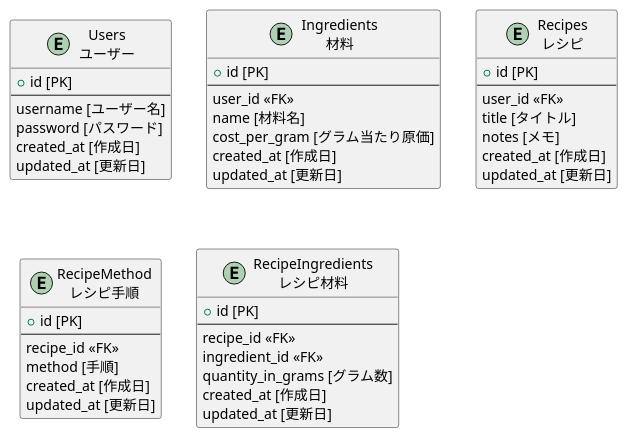
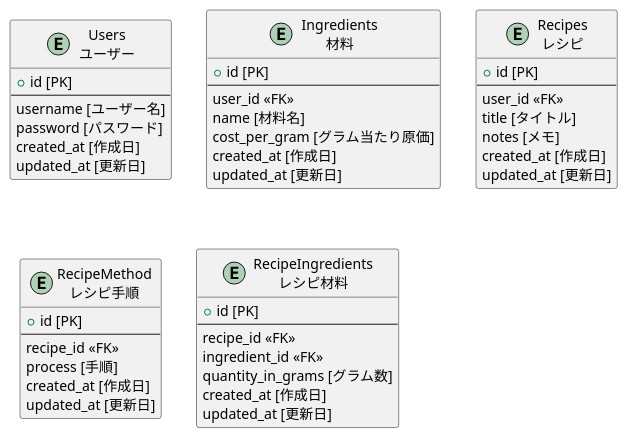
One commit to nobu1611/Merienda changed the diagram in documents/ER/tables.pu. Above: the diagram before and after it, drawn with PlantUML. The commit also changed 1 other file, not shown here.

```diff
--- a/documents/ER/tables.pu
+++ b/documents/ER/tables.pu
@@ -1,50 +1,50 @@
 @startuml tables
 entity Users as "Users\nユーザー" {
   + id [PK]
   --
   username [ユーザー名]
   password [パスワード]
   created_at [作成日]
   updated_at [更新日]
 }
 
 entity Ingredients as "Ingredients\n材料" {
   + id [PK]
   --
   user_id <<FK>>
   name [材料名]
   cost_per_gram [グラム当たり原価]
   created_at [作成日]
   updated_at [更新日]
 }
 
 entity Recipes as "Recipes\nレシピ" {
   + id [PK]
   --
   user_id <<FK>>
   title [タイトル]
   notes [メモ]
   created_at [作成日]
   updated_at [更新日]
 }
 
 entity RecipeMethod as "RecipeMethod\nレシピ手順" {
   + id [PK]
   --
   recipe_id <<FK>>
-  method [手順]
+  process [手順]
   created_at [作成日]
   updated_at [更新日]
 }
 
 entity RecipeIngredients as "RecipeIngredients\nレシピ材料" {
   + id [PK]
   --
   recipe_id <<FK>>
   ingredient_id <<FK>>
   quantity_in_grams [グラム数]
   created_at [作成日]
   updated_at [更新日]
 }
 
 @enduml
```
